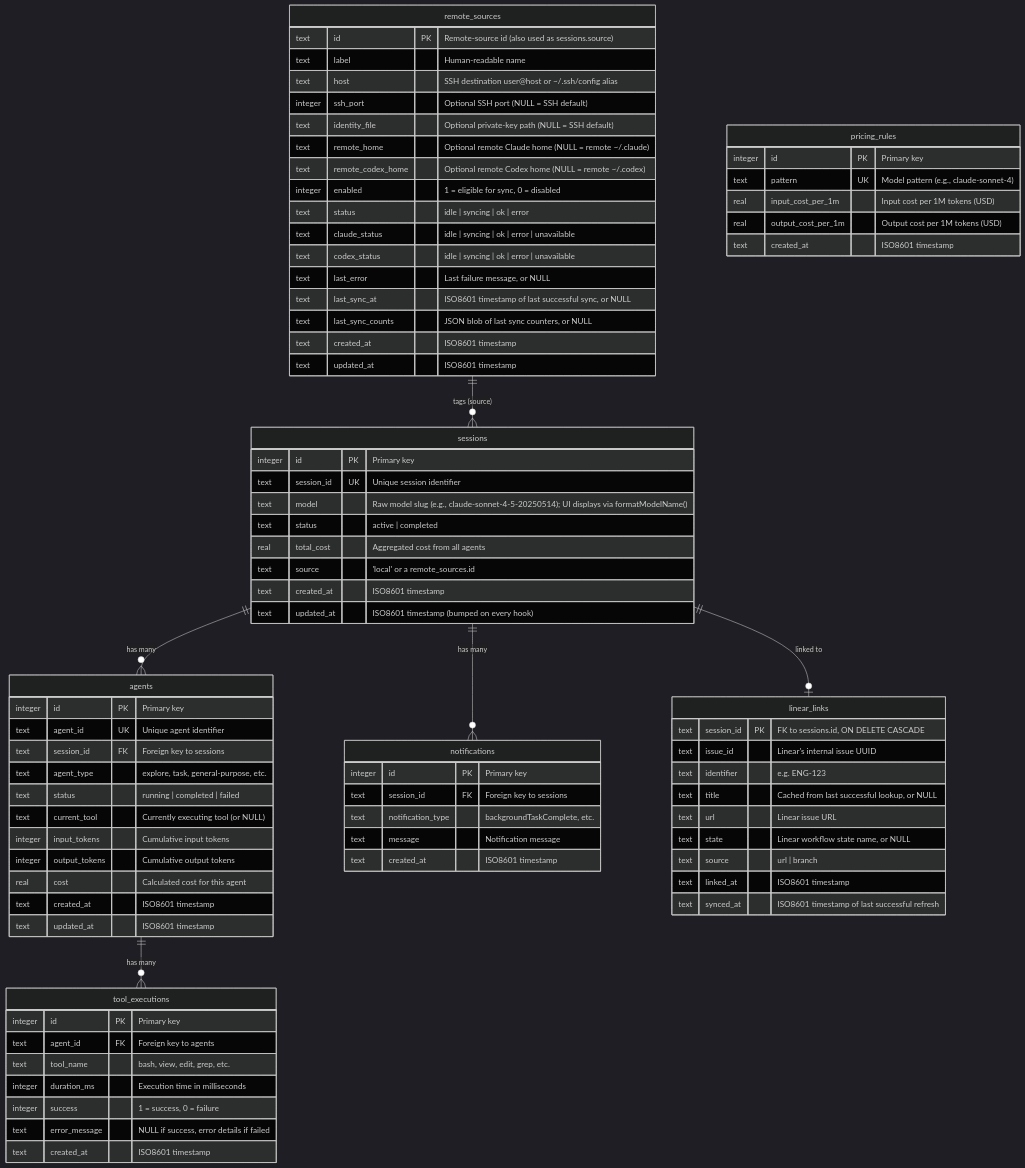
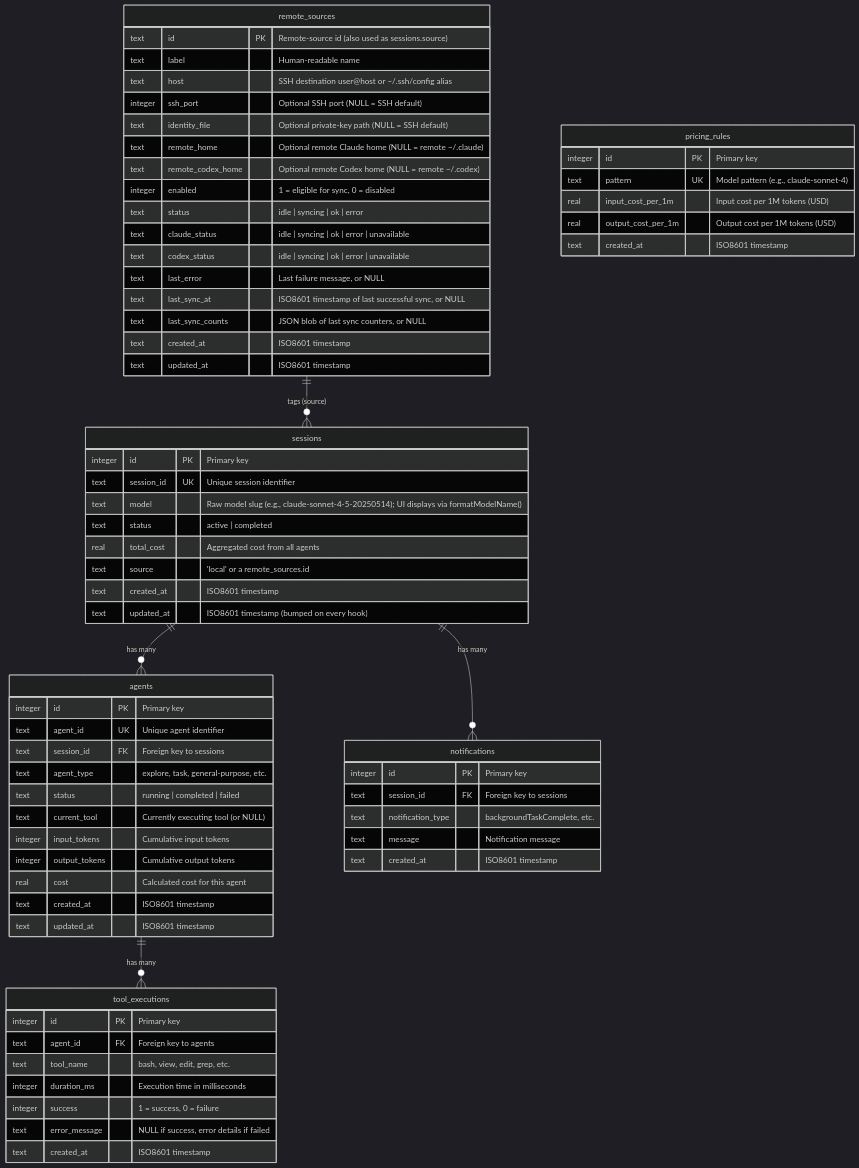
One commit to buluma/Code-Agent-Monitor changed the second of 11 diagrams in docs/DATABASE.md. Above: the diagram before and after it, drawn with Mermaid (dark theme). The commit also changed other lines of this file and 1142 other files, not shown here.

````diff
--- a/docs/DATABASE.md
+++ b/docs/DATABASE.md
@@ -87,7 +80,6 @@
     agents ||--o{ tool_executions : "has many"
     sessions ||--o{ notifications : "has many"
     remote_sources ||--o{ sessions : "tags (source)"
-    sessions ||--o| linear_links : "linked to"
     
     sessions {
         integer id PK "Primary key"
@@ -158,16 +150,4 @@
         text created_at "ISO8601 timestamp"
         text updated_at "ISO8601 timestamp"
     }
-
-    linear_links {
-        text session_id PK "FK to sessions.id, ON DELETE CASCADE"
-        text issue_id "Linear's internal issue UUID"
-        text identifier "e.g. ENG-123"
-        text title "Cached from last successful lookup, or NULL"
-        text url "Linear issue URL"
-        text state "Linear workflow state name, or NULL"
-        text source "url | branch"
-        text linked_at "ISO8601 timestamp"
-        text synced_at "ISO8601 timestamp of last successful refresh"
-    }
 ```
````
